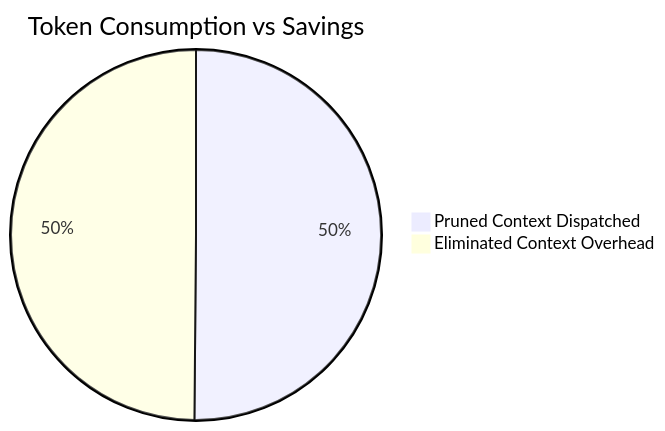
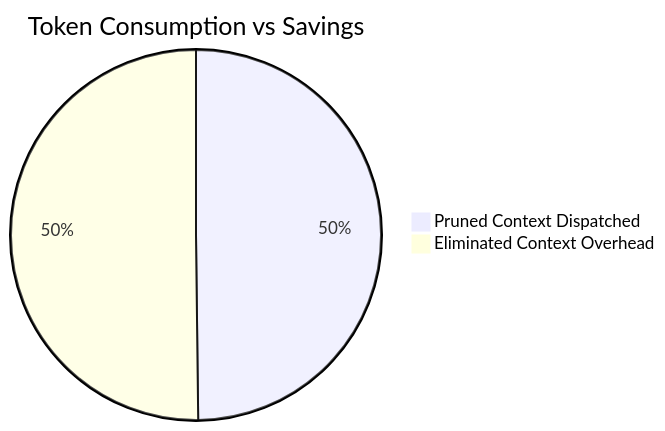
One commit to lakhwindersingh/nb_fairyfly changed the diagram in workplace/docs/reports/token_savings_report.md. Above: the diagram before and after it, drawn with Mermaid. The commit also changed other lines of this file and 47 other files, not shown here.

````diff
--- a/workplace/docs/reports/token_savings_report.md
+++ b/workplace/docs/reports/token_savings_report.md
@@ -26,5 +26,5 @@
 ```mermaid
 pie title Token Consumption vs Savings
-    "Pruned Context Dispatched" : 4586616
-    "Eliminated Context Overhead" : 4562015
+    "Pruned Context Dispatched" : 5032053
+    "Eliminated Context Overhead" : 5070598
 ```
````
